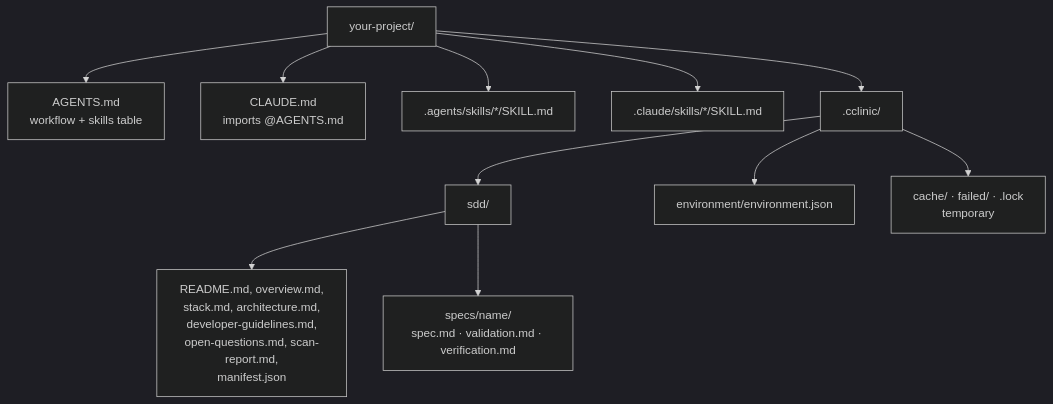
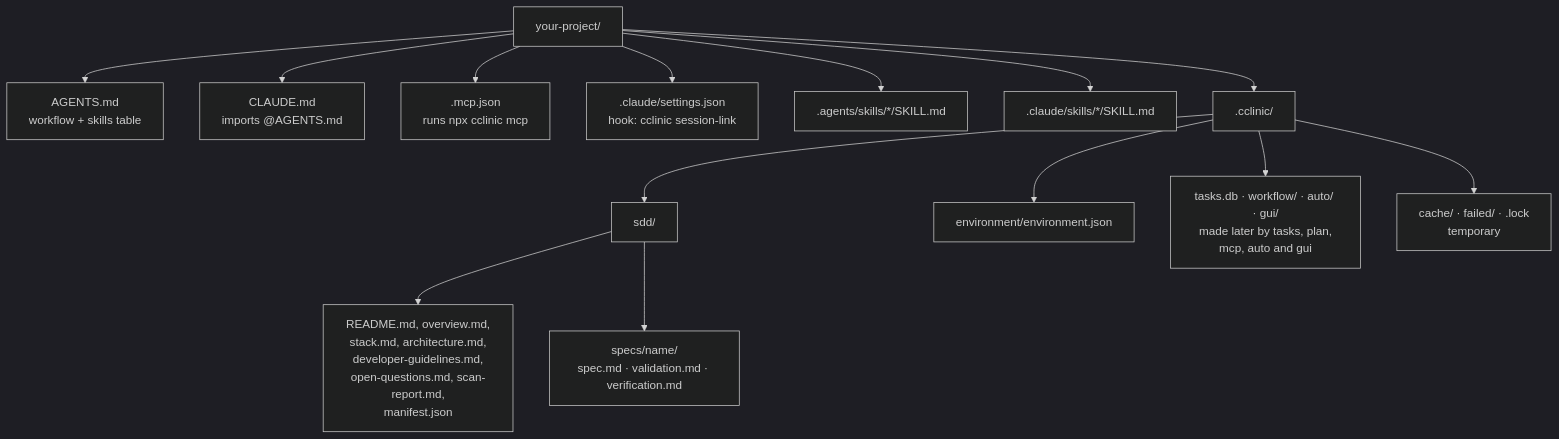
One commit to Hayko97/cclinic changed the fourth of 5 diagrams in SETUP_FLOW.md. Above: the diagram before and after it, drawn with Mermaid (dark theme). The commit also changed other lines of this file and 5 other files, not shown here.

Commit message:
docs: rewrite the readme and flow guides, and add the gui flow

````diff
--- a/SETUP_FLOW.md
+++ b/SETUP_FLOW.md
@@ -102,14 +103,17 @@
 ```mermaid
 flowchart TD
     Root[your-project/]
     Root --> A[AGENTS.md<br/>workflow + skills table]
     Root --> B[CLAUDE.md<br/>imports @AGENTS.md]
+    Root --> MC[.mcp.json<br/>runs npx cclinic mcp]
+    Root --> CS[.claude/settings.json<br/>hook: cclinic session-link]
     Root --> Ag[.agents/skills/*/SKILL.md]
     Root --> Cl[.claude/skills/*/SKILL.md]
     Root --> CC[.cclinic/]
     CC --> SDD[sdd/]
     SDD --> R[README.md, overview.md,<br/>stack.md, architecture.md,<br/>developer-guidelines.md,<br/>open-questions.md, scan-report.md,<br/>manifest.json]
     SDD --> SPECS[specs/name/<br/>spec.md · validation.md · verification.md]
     CC --> Env[environment/environment.json]
+    CC --> Later[tasks.db · workflow/ · auto/ · gui/<br/>made later by tasks, plan,<br/>mcp, auto and gui]
     CC --> Cache[cache/ · failed/ · .lock<br/>temporary]
 ```
````
